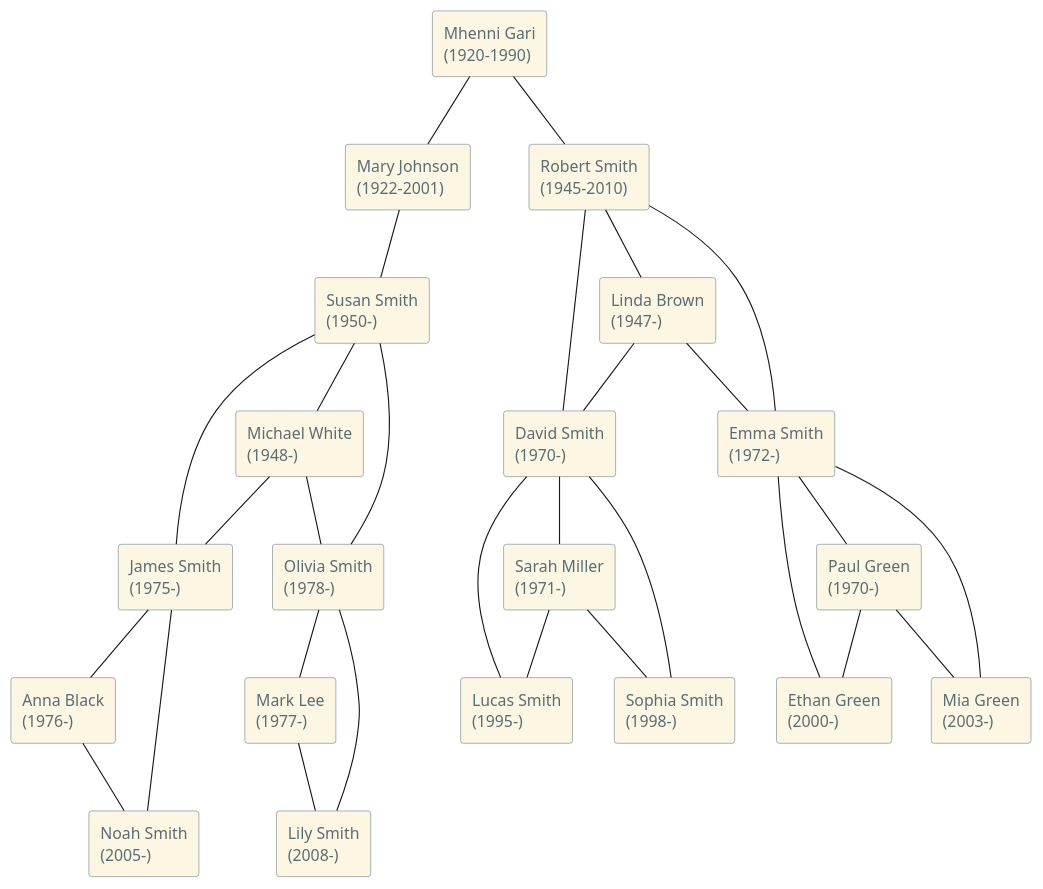
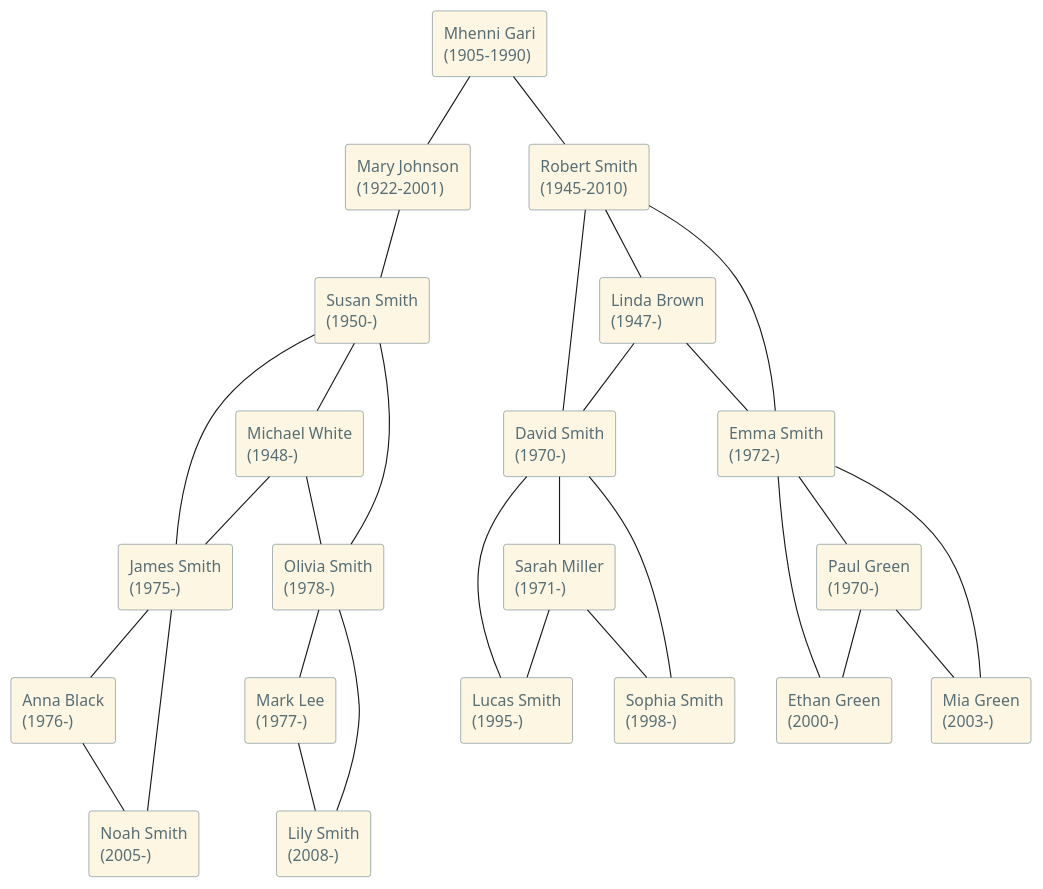
Before and after one commit to k-gari/gari-family-diagram: the diagram in diagram.puml, drawn with PlantUML.

Commit message:
Update birth year for Mhenni Gari in diagram

```diff
--- a/diagram.puml
+++ b/diagram.puml
@@ -1,80 +1,80 @@
 @startuml
 ' Family Arborescence Example
 
 skinparam defaultFontName Arial
 skinparam rectangle {
   BackgroundColor #FDF6E3
   BorderColor #657B83
   FontColor #586E75
 }
 
 ' Grandparents
-rectangle "Mhenni Gari\n(1920-1990)" as John
+rectangle "Mhenni Gari\n(1905-1990)" as John
 rectangle "Mary Johnson\n(1922-2001)" as Mary
 
 ' Parents
 rectangle "Robert Smith\n(1945-2010)" as Robert
 rectangle "Linda Brown\n(1947-)" as Linda
 rectangle "Susan Smith\n(1950-)" as Susan
 rectangle "Michael White\n(1948-)" as Michael
 
 ' Children
 rectangle "David Smith\n(1970-)" as David
 rectangle "Emma Smith\n(1972-)" as Emma
 rectangle "James Smith\n(1975-)" as James
 rectangle "Olivia Smith\n(1978-)" as Olivia
 
 ' Spouses of children
 rectangle "Sarah Miller\n(1971-)" as Sarah
 rectangle "Paul Green\n(1970-)" as Paul
 rectangle "Anna Black\n(1976-)" as Anna
 rectangle "Mark Lee\n(1977-)" as Mark
 
 ' Grandchildren
 rectangle "Lucas Smith\n(1995-)" as Lucas
 rectangle "Sophia Smith\n(1998-)" as Sophia
 rectangle "Ethan Green\n(2000-)" as Ethan
 rectangle "Mia Green\n(2003-)" as Mia
 rectangle "Noah Smith\n(2005-)" as Noah
 rectangle "Lily Smith\n(2008-)" as Lily
 
 ' Relationships
 John -- Mary
 John -- Robert
 Mary -- Susan
 
 Robert -- Linda
 Susan -- Michael
 
 Robert -- David
 Robert -- Emma
 Linda -- David
 Linda -- Emma
 
 Susan -- James
 Susan -- Olivia
 Michael -- James
 Michael -- Olivia
 
 David -- Sarah
 Emma -- Paul
 James -- Anna
 Olivia -- Mark
 
 David -- Lucas
 David -- Sophia
 Sarah -- Lucas
 Sarah -- Sophia
 
 Emma -- Ethan
 Emma -- Mia
 Paul -- Ethan
 Paul -- Mia
 
 James -- Noah
 Anna -- Noah
 
 Olivia -- Lily
 Mark -- Lily
 
 @enduml
```
